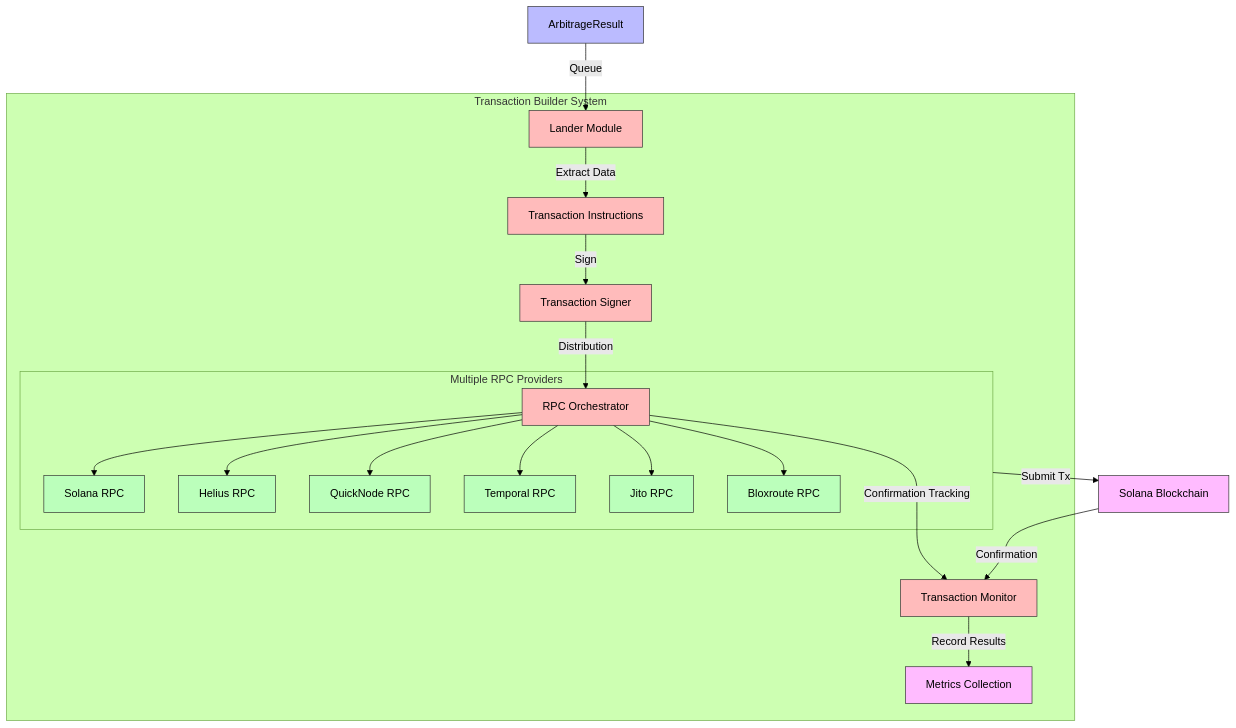
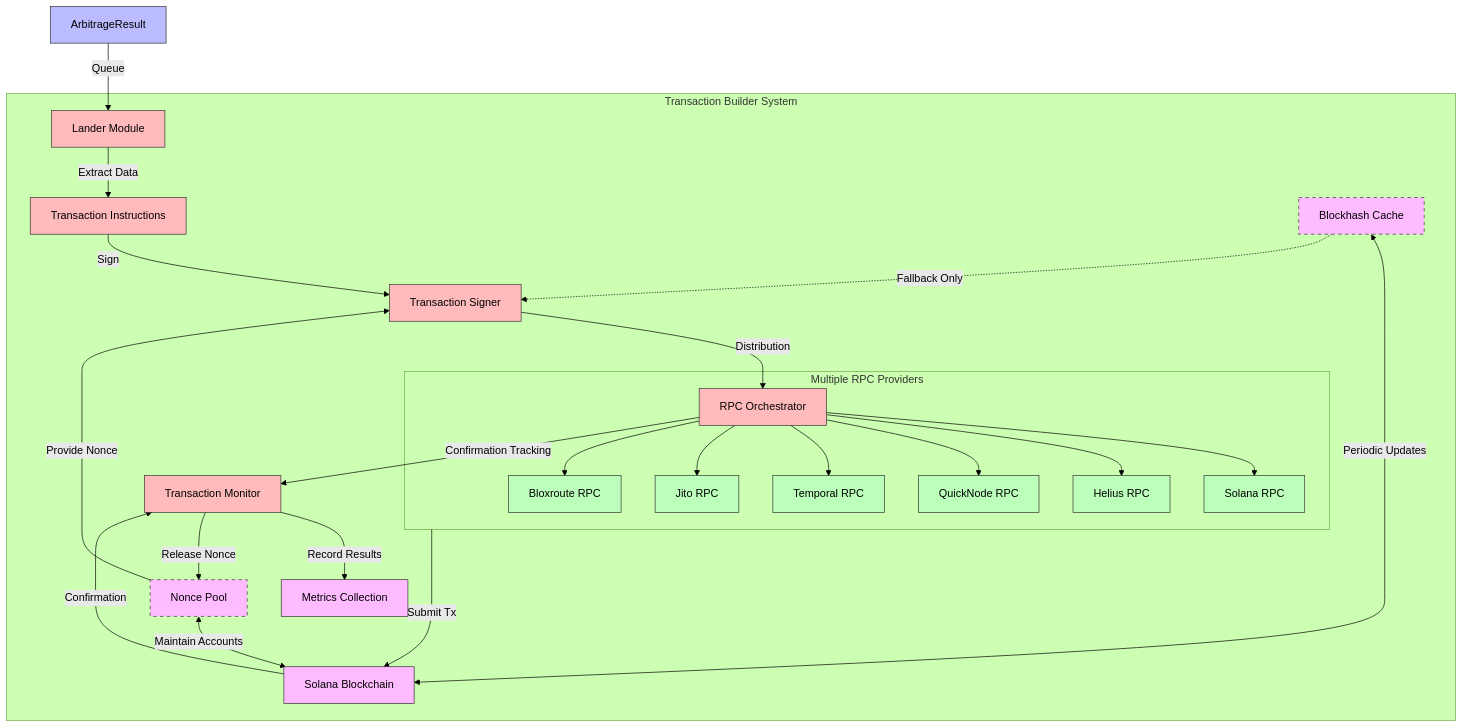
The diagram in docs/transaction_builder.md (808putnam/qtrade2), drawn with Mermaid (forest theme) before and after one commit. The commit also changed other lines of this file and 152 other files, not shown here.

````diff
--- a/docs/transaction_builder.md
+++ b/docs/transaction_builder.md
@@ -9,38 +9,50 @@
 ```mermaid
 flowchart TD
     %% Input Data
     AR[ArbitrageResult] --> |Queue| LND[Lander Module]
 
     subgraph TXBuilder[Transaction Builder System]
         LND --> |Extract Data| TXI[Transaction Instructions]
         TXI --> |Sign| TXS[Transaction Signer]
+
+        %% Nonce Pool Component
+        NP[Nonce Pool] <--> |Maintain Accounts| BC
+        NP --> |Provide Nonce| TXS
+
+        %% Blockhash Cache Component
+        BHC[Blockhash Cache] <--> |Periodic Updates| BC
+        BHC -.-> |Fallback Only| TXS
+
         TXS --> |Distribution| RPCOrch[RPC Orchestrator]
 
         subgraph RPCs[Multiple RPC Providers]
             RPCOrch --> SolRPC[Solana RPC]
             RPCOrch --> HeliusRPC[Helius RPC]
             RPCOrch --> QuickRPC[QuickNode RPC]
             RPCOrch --> TemporalRPC[Temporal RPC]
             RPCOrch --> JitoRPC[Jito RPC]
             RPCOrch --> BloxRPC[Bloxroute RPC]
         end
 
         RPCOrch --> |Confirmation Tracking| TXM[Transaction Monitor]
         TXM --> |Record Results| Metrics[Metrics Collection]
+        TXM --> |Release Nonce| NP
     end
 
     %% Blockchain Interaction
     RPCs --> |Submit Tx| BC[Solana Blockchain]
     BC --> |Confirmation| TXM
 
     %% Style Definitions
     classDef input fill:#bbf,stroke:#333
     classDef builder fill:#fbb,stroke:#333
     classDef rpcs fill:#bfb,stroke:#333
     classDef output fill:#fbf,stroke:#333
+    classDef cache fill:#fbf,stroke:#333,stroke-dasharray: 5 5
 
     class AR input
     class LND,TXI,TXS,RPCOrch,TXM builder
     class SolRPC,HeliusRPC,QuickRPC,TemporalRPC,JitoRPC,BloxRPC rpcs
     class Metrics,BC output
+    class BHC,NP cache
 ```
````
